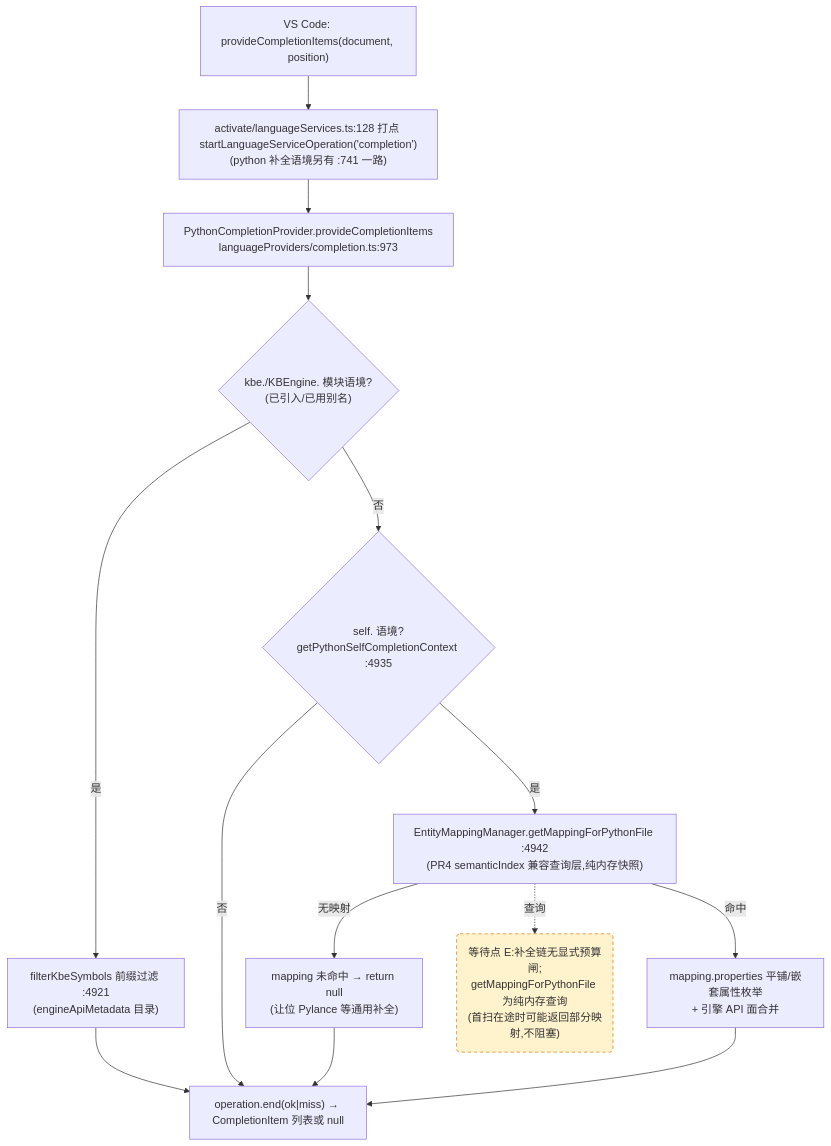
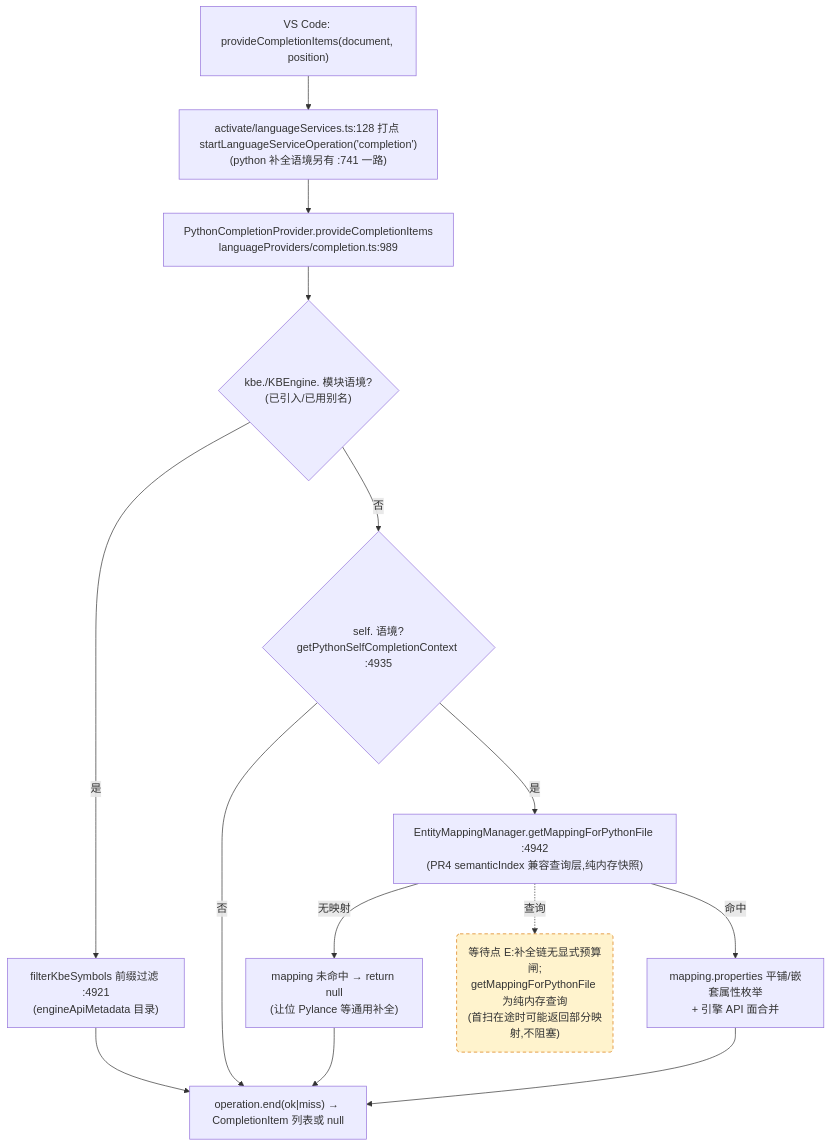
The third of 4 diagrams in docs/perf/2026-baseline.md (cuihairu/kode), drawn with Mermaid before and after one commit. The commit also changed other lines of this file and 4 other files, not shown here.

````diff
--- a/docs/perf/2026-baseline.md
+++ b/docs/perf/2026-baseline.md
@@ -191,27 +192,27 @@
 ```mermaid
 flowchart TD
   VC3["VS Code: provideCompletionItems(document, position)"]
   M3["activate/languageServices.ts:128 打点 startLanguageServiceOperation('completion')<br/>(python 补全语境另有 :741 一路)"]
-  CP["PythonCompletionProvider.provideCompletionItems<br/>languageProviders/completion.ts:973"]
+  CP["PythonCompletionProvider.provideCompletionItems<br/>languageProviders/completion.ts:989"]
   KBEC{"kbe./KBEngine. 模块语境?<br/>(已引入/已用别名)"}
   FILTER["filterKbeSymbols 前缀过滤 :4921<br/>(engineApiMetadata 目录)"]
   SELFC{"self. 语境?<br/>getPythonSelfCompletionContext :4935"}
   MAP["EntityMappingManager.getMappingForPythonFile :4942<br/>(PR4 semanticIndex 兼容查询层,纯内存快照)"]
   NOMAP["mapping 未命中 → return null<br/>(让位 Pylance 等通用补全)"]
   PROPS["mapping.properties 平铺/嵌套属性枚举<br/>+ 引擎 API 面合并"]
   END3["operation.end(ok|miss) → CompletionItem 列表或 null"]
 
   VC3 --> M3 --> CP --> KBEC
   KBEC -- "是" --> FILTER --> END3
   KBEC -- "否" --> SELFC
   SELFC -- "否" --> END3
   SELFC -- "是" --> MAP
   MAP -- "无映射" --> NOMAP --> END3
   MAP -- "命中" --> PROPS --> END3
 
   WAITE("等待点 E:补全链无显式预算闸;<br/>getMappingForPythonFile 为纯内存查询<br/>(首扫在途时可能返回部分映射,不阻塞)")
   MAP -.->|查询| WAITE
 
   classDef waitPoint fill:#fff3cd,stroke:#d97706,stroke-dasharray:5 4;
   class WAITE waitPoint;
 ```
````
